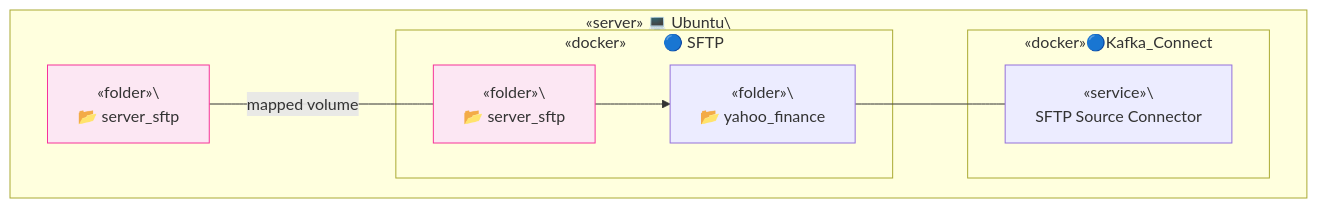
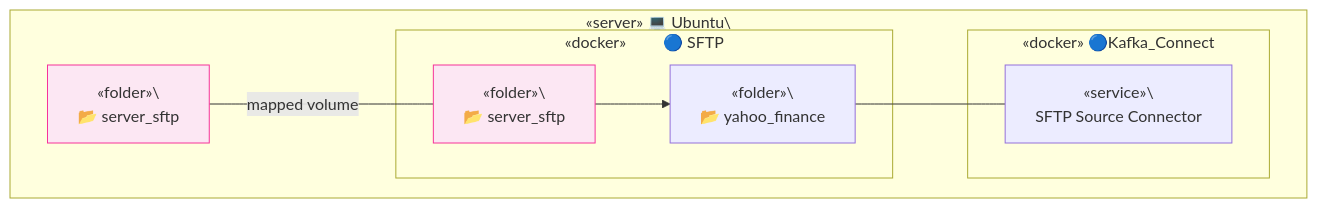
The fifth of 5 diagrams in server_sftp/README.md (TrulyDigital/DATA_STREET), drawn with Mermaid before and after one commit.

Commit message:
feat: server-sftp uptade

````diff
--- a/server_sftp/README.md
+++ b/server_sftp/README.md
@@ -96,24 +96,24 @@
 ```mermaid
 graph TD
     subgraph Container_A [«server» 💻 Ubuntu\<br/>]
         A1[«folder»\<br/> 📂 server_sftp]
         A1:::note_a1
 
         subgraph Container_B [«docker»&nbsp;&nbsp;&nbsp;&nbsp;&nbsp;&nbsp;&nbsp;&nbsp;&nbsp;🔵 SFTP]
             B1[«folder»\<br/> 📂 server_sftp]
             B1:::note_b1
             B2[«folder»\<br/> 📂 yahoo_finance]
         end
 
-        subgraph Container_C [«docker»🔵Kafka_Connect]
+        subgraph Container_C [«docker» 🔵Kafka_Connect]
             C1[«service»\<br/> SFTP Source Connector]
         end
 
         A1 -- mapped volume --- B1
         B1 --> B2
         B2 --- C1
 
         classDef note_a1 fill:#fce7f3,stroke:#f6339a,stroke-width:1px;
         classDef note_b1 fill:#fce7f3,stroke:#f6339a,stroke-width:1px;
     end
 ```
````
